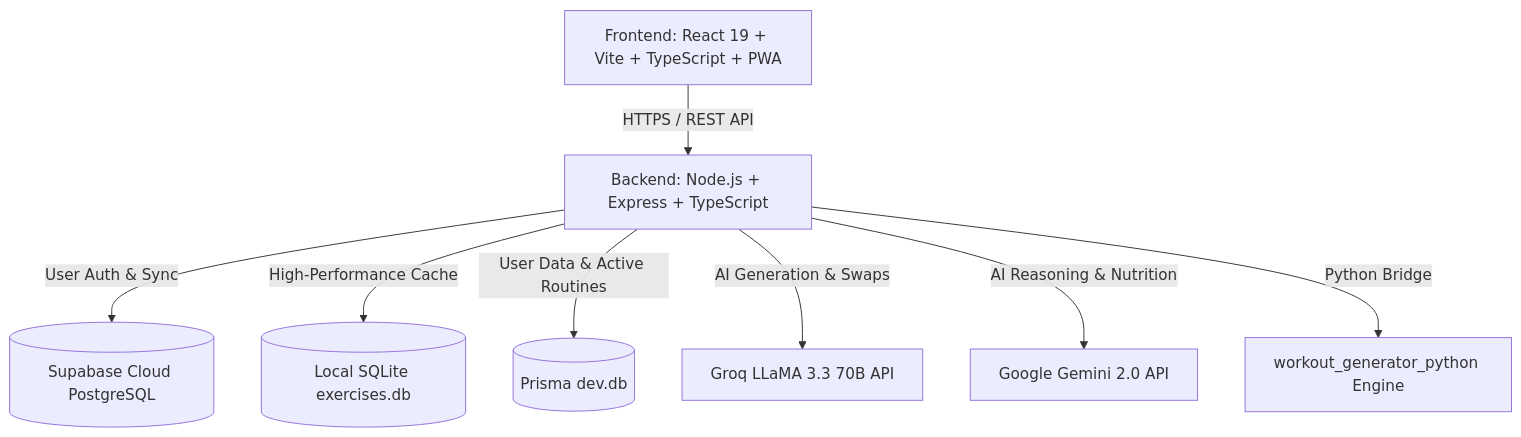
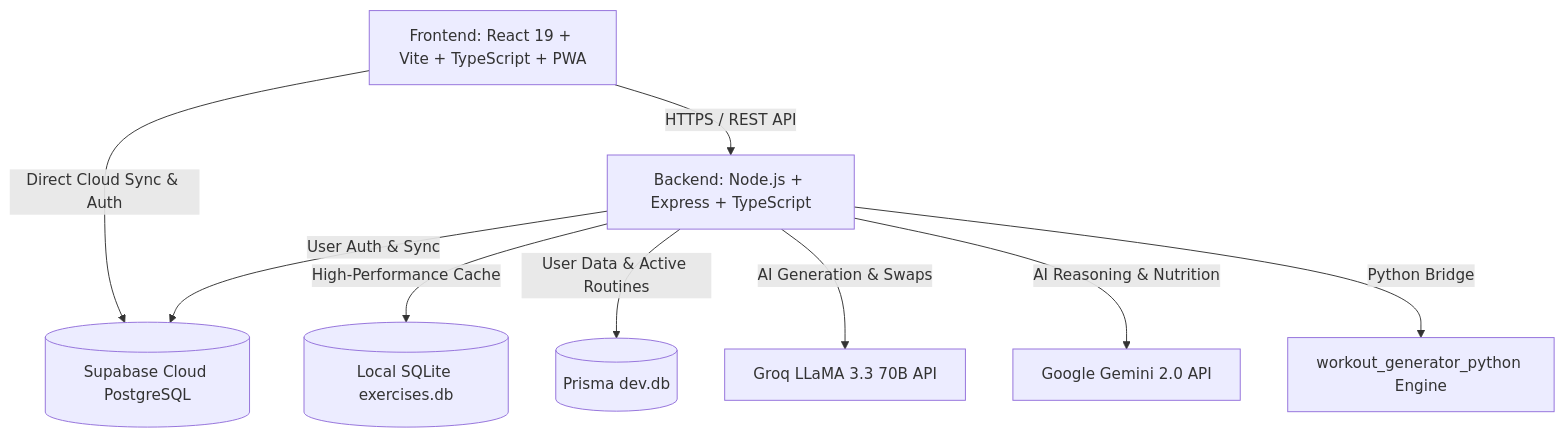
One commit to Mak241288/New-Beast-Mode changed the diagram in README.md. Above: the diagram before and after it, drawn with Mermaid. The commit also changed other lines of this file, not shown here.

````diff
--- a/README.md
+++ b/README.md
@@ -45,10 +59,11 @@
 ```mermaid
 graph TD
     A[Frontend: React 19 + Vite + TypeScript + PWA] -->|HTTPS / REST API| B[Backend: Node.js + Express + TypeScript]
-    B -->|User Auth & Sync| C[(Supabase Cloud PostgreSQL)]
+    A -->|Direct Cloud Sync & Auth| C[(Supabase Cloud PostgreSQL)]
+    B -->|User Auth & Sync| C
     B -->|High-Performance Cache| D[(Local SQLite exercises.db)]
     B -->|User Data & Active Routines| E[(Prisma dev.db)]
     B -->|AI Generation & Swaps| F[Groq LLaMA 3.3 70B API]
     B -->|AI Reasoning & Nutrition| G[Google Gemini 2.0 API]
     B -->|Python Bridge| H[workout_generator_python Engine]
 ```
````
